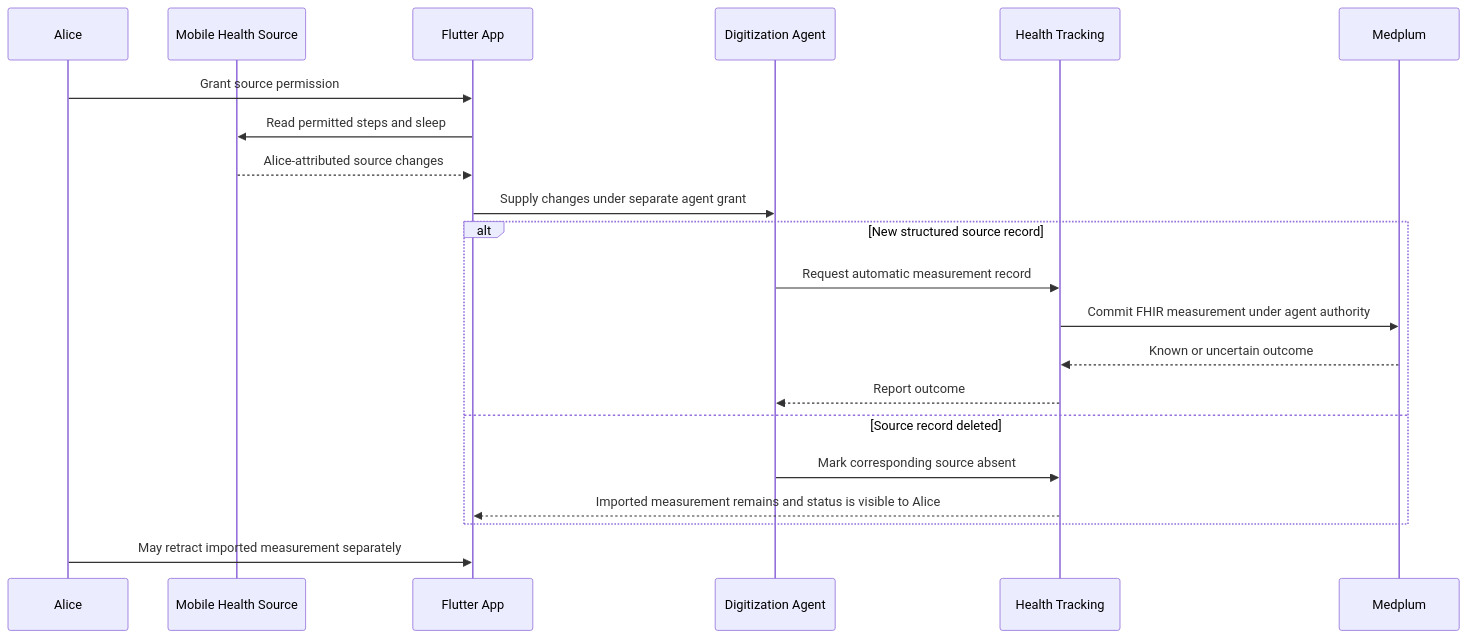
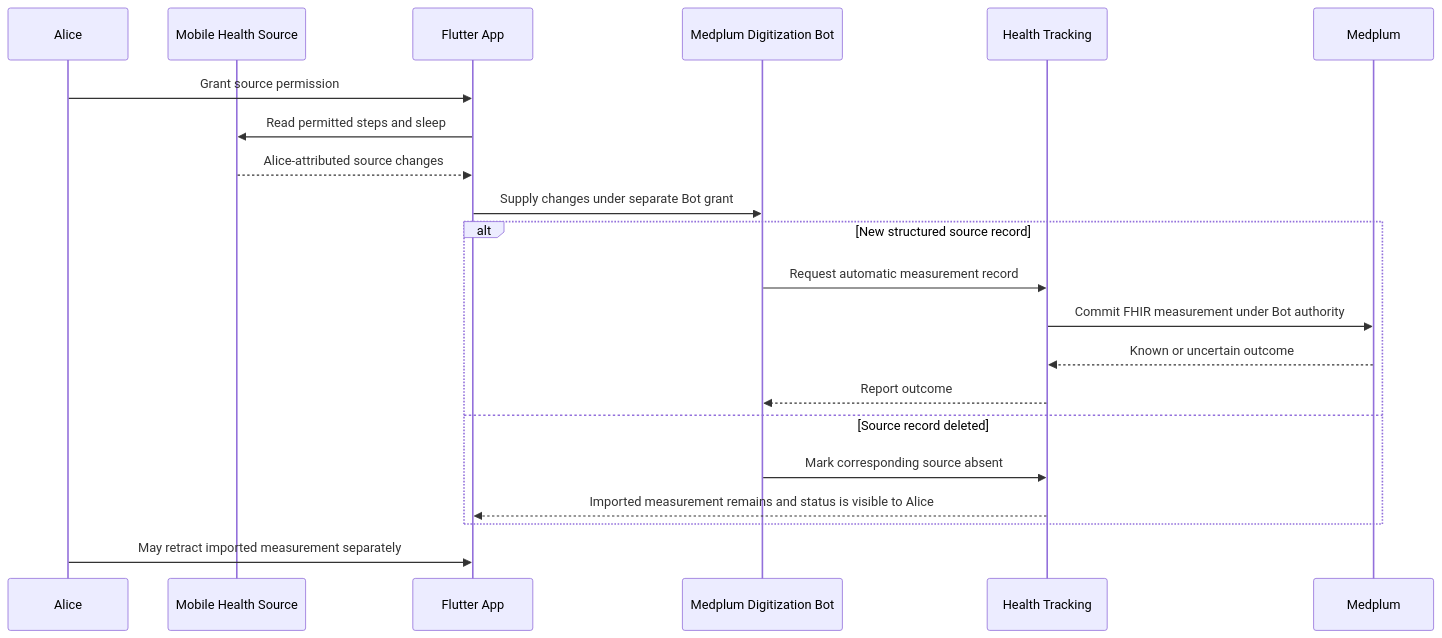
Before and after one commit to ragavsathish/medplum: the third of 3 diagrams in examples/medplum-health-tracking/dhf/documents/design/mobile_health_sync.md, drawn with Mermaid. The commit also changed other lines of this file and 24 other files, not shown here.

Commit message:
refactor health tracking account acceptance flow

````diff
--- a/examples/medplum-health-tracking/dhf/documents/design/mobile_health_sync.md
+++ b/examples/medplum-health-tracking/dhf/documents/design/mobile_health_sync.md
@@ -130,24 +133,24 @@
 ```mermaid
 sequenceDiagram
     participant Alice
     participant Source as Mobile Health Source
     participant App as Flutter App
-    participant Agent as Digitization Agent
+    participant Agent as Medplum Digitization Bot
     participant Tracking as Health Tracking
     participant Medplum
 
     Alice->>App: Grant source permission
     App->>Source: Read permitted steps and sleep
     Source-->>App: Alice-attributed source changes
-    App->>Agent: Supply changes under separate agent grant
+    App->>Agent: Supply changes under separate Bot grant
     alt New structured source record
         Agent->>Tracking: Request automatic measurement record
-        Tracking->>Medplum: Commit FHIR measurement under agent authority
+        Tracking->>Medplum: Commit FHIR measurement under Bot authority
         Medplum-->>Tracking: Known or uncertain outcome
         Tracking-->>Agent: Report outcome
     else Source record deleted
         Agent->>Tracking: Mark corresponding source absent
         Tracking-->>App: Imported measurement remains and status is visible to Alice
     end
     Alice->>App: May retract imported measurement separately
 ```
````
